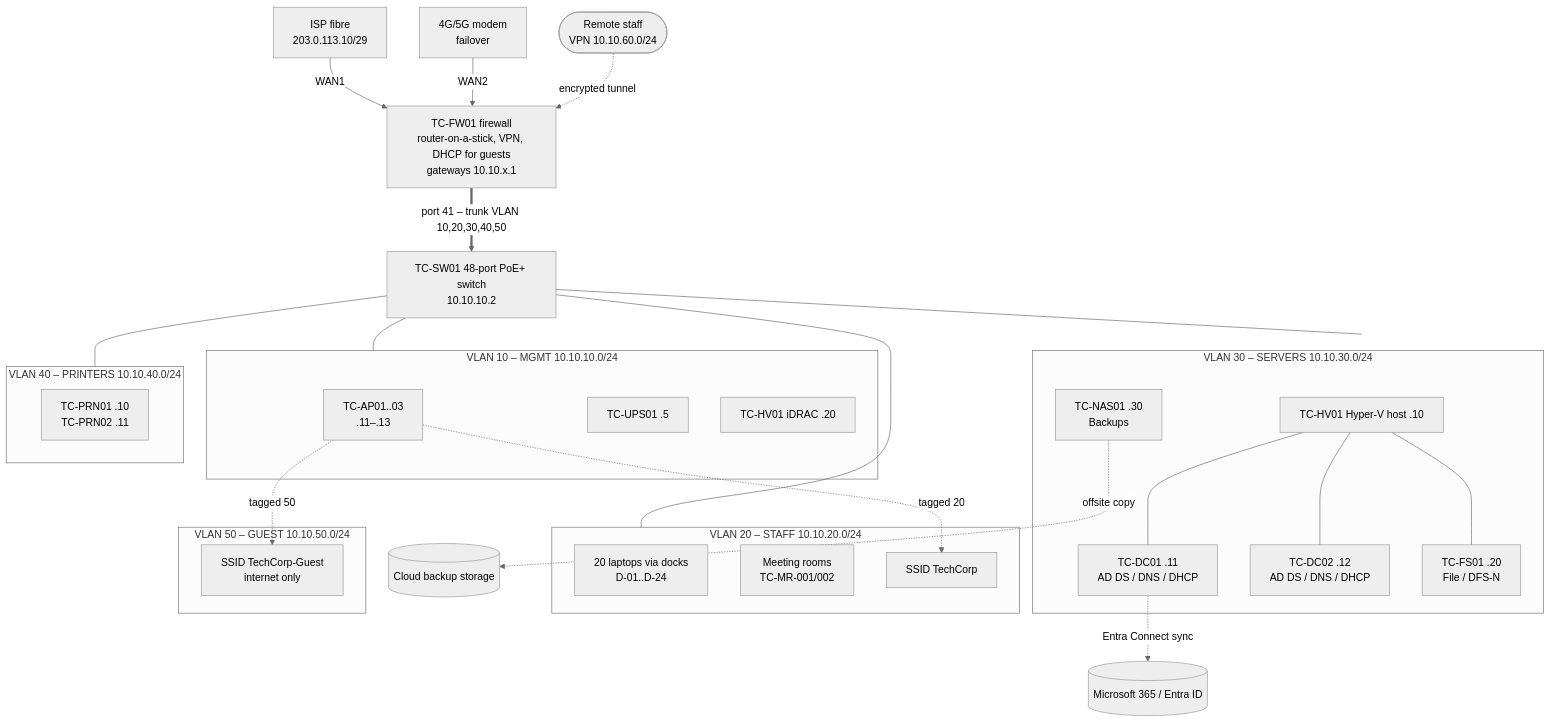
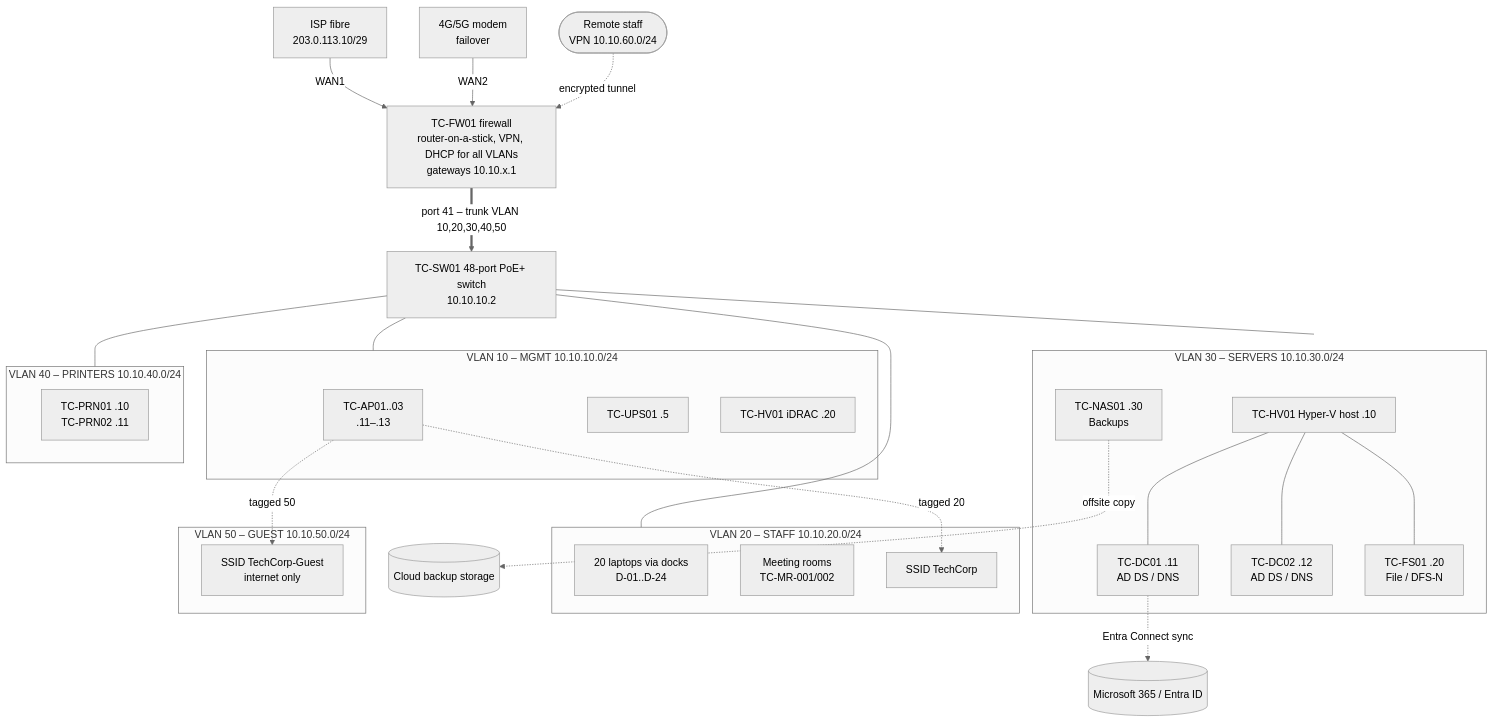
The first of 2 diagrams in 02-network-infrastructure/topology/network-topology.md (kgiannopoulou/techcorp-it-operations-lab), drawn with Mermaid (neutral theme) before and after one commit. The commit also changed other lines of this file and 39 other files, not shown here.

````diff
--- a/02-network-infrastructure/topology/network-topology.md
+++ b/02-network-infrastructure/topology/network-topology.md
@@ -13,55 +13,55 @@
 ```mermaid
 flowchart TB
     ISP["ISP fibre<br/>203.0.113.10/29"]
     LTE["4G/5G modem<br/>failover"]
-    FW["TC-FW01 firewall<br/>router-on-a-stick, VPN, DHCP for guests<br/>gateways 10.10.x.1"]
+    FW["TC-FW01 firewall<br/>router-on-a-stick, VPN, DHCP for all VLANs<br/>gateways 10.10.x.1"]
     SW["TC-SW01 48-port PoE+ switch<br/>10.10.10.2"]
     VPN(["Remote staff<br/>VPN 10.10.60.0/24"])
 
     ISP -->|WAN1| FW
     LTE -->|WAN2| FW
     VPN -.->|encrypted tunnel| FW
     FW ==>|"port 41 – trunk VLAN 10,20,30,40,50"| SW
 
     subgraph V10["VLAN 10 – MGMT 10.10.10.0/24"]
         AP["TC-AP01..03<br/>.11–.13"]
         UPS["TC-UPS01 .5"]
         ILO["TC-HV01 iDRAC .20"]
     end
 
     subgraph V30["VLAN 30 – SERVERS 10.10.30.0/24"]
         HV["TC-HV01 Hyper-V host .10"]
-        DC1["TC-DC01 .11<br/>AD DS / DNS / DHCP"]
-        DC2["TC-DC02 .12<br/>AD DS / DNS / DHCP"]
+        DC1["TC-DC01 .11<br/>AD DS / DNS"]
+        DC2["TC-DC02 .12<br/>AD DS / DNS"]
         FS["TC-FS01 .20<br/>File / DFS-N"]
         NAS["TC-NAS01 .30<br/>Backups"]
         HV --- DC1
         HV --- DC2
         HV --- FS
     end
 
     subgraph V20["VLAN 20 – STAFF 10.10.20.0/24"]
         LT["20 laptops via docks<br/>D-01..D-24"]
         MR["Meeting rooms<br/>TC-MR-001/002"]
         WIFI20["SSID TechCorp"]
     end
 
     subgraph V40["VLAN 40 – PRINTERS 10.10.40.0/24"]
         PRN["TC-PRN01 .10<br/>TC-PRN02 .11"]
     end
 
     subgraph V50["VLAN 50 – GUEST 10.10.50.0/24"]
         WIFI50["SSID TechCorp-Guest<br/>internet only"]
     end
 
     SW --- V10
     SW --- V30
     SW --- V20
     SW --- V40
     AP -.->|tagged 20| WIFI20
     AP -.->|tagged 50| WIFI50
 
     M365[("Microsoft 365 / Entra ID")]
     DC1 -.->|Entra Connect sync| M365
     NAS -.->|offsite copy| CLOUD[("Cloud backup storage")]
 ```
````
